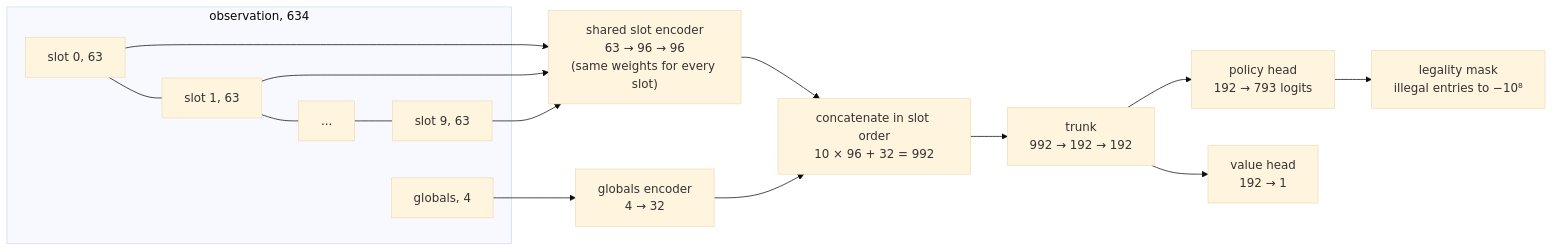
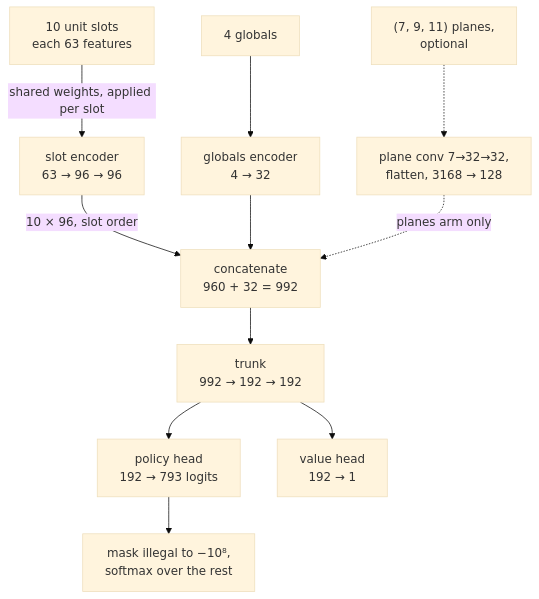
Before and after one commit to troyzhu/fheroes2: the first of 2 diagrams in agent_play/docs/rl/the-policy-network.md, drawn with Mermaid (base theme). The commit also changed other lines of this file, not shown here.

First line of the commit message:
The architecture page shows the network the way PyTorch prints it

````diff
--- a/agent_play/docs/rl/the-policy-network.md
+++ b/agent_play/docs/rl/the-policy-network.md
@@ -25,24 +25,13 @@
 ```mermaid
-flowchart LR
-    subgraph obs["observation, 634"]
-        s0["slot 0, 63"] --- s1["slot 1, 63"] --- sd["..."] --- s9["slot 9, 63"]
-        g["globals, 4"]
-    end
-    enc["shared slot encoder\n63 → 96 → 96\n(same weights for every slot)"]
-    s0 --> enc
-    s1 --> enc
-    s9 --> enc
-    genc["globals encoder\n4 → 32"]
-    g --> genc
-    cat["concatenate in slot order\n10 × 96 + 32 = 992"]
-    enc --> cat
+flowchart TD
+    slots["10 unit slots<br/>each 63 features"] -- "shared weights, applied per slot" --> enc["slot encoder<br/>63 → 96 → 96"]
+    globals["4 globals"] --> genc["globals encoder<br/>4 → 32"]
+    enc -- "10 × 96, slot order" --> cat["concatenate<br/>960 + 32 = 992"]
     genc --> cat
-    trunk["trunk\n992 → 192 → 192"]
-    cat --> trunk
-    pi["policy head\n192 → 793 logits"]
-    v["value head\n192 → 1"]
-    trunk --> pi
-    trunk --> v
-    mask["legality mask\nillegal entries to −10⁸"]
-    pi --> mask
+    cat --> trunk["trunk<br/>992 → 192 → 192"]
+    trunk --> pi["policy head<br/>192 → 793 logits"]
+    trunk --> v["value head<br/>192 → 1"]
+    pi --> mask["mask illegal to −10⁸,<br/>softmax over the rest"]
+    planes["(7, 9, 11) planes,<br/>optional"] -.-> pconv["plane conv 7→32→32,<br/>flatten, 3168 → 128"]
+    pconv -. "planes arm only" .-> cat
 ```
````
